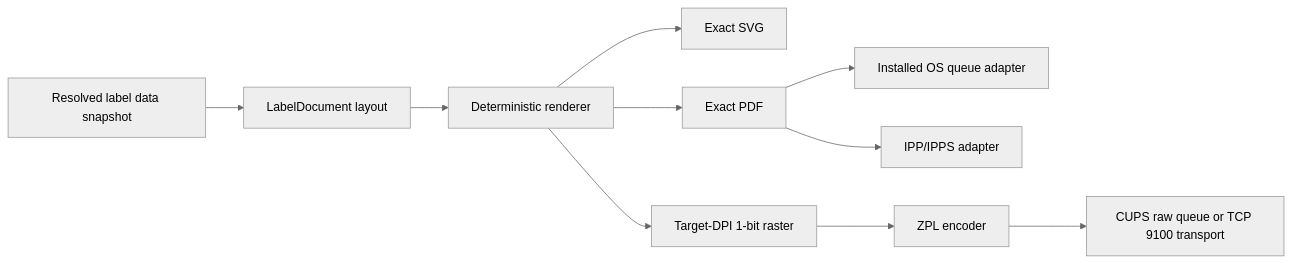
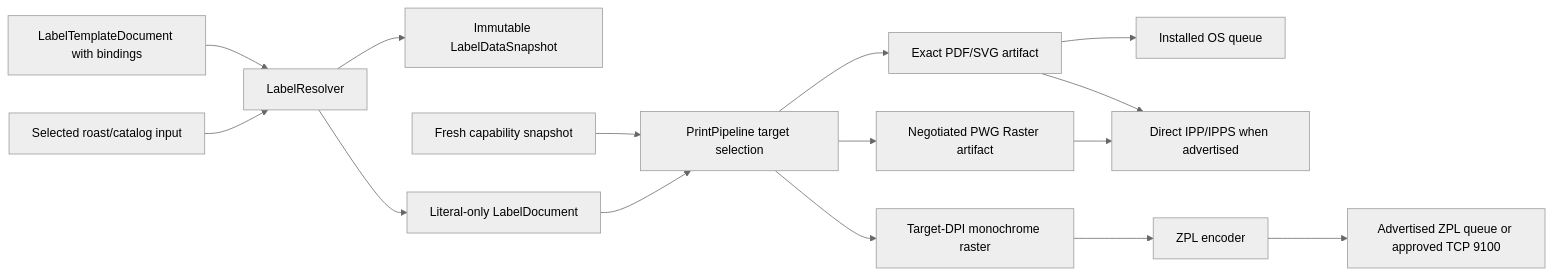
One commit to xavierroma/tan-studio changed the eighth of 9 diagrams in docs/04-technical-specification.md. Above: the diagram before and after it, drawn with Mermaid (neutral theme). The commit also changed other lines of this file and 1 other file, not shown here.

````diff
--- a/docs/04-technical-specification.md
+++ b/docs/04-technical-specification.md
@@ -1134,12 +1577,16 @@
 ```mermaid
 flowchart LR
-    Snapshot["Resolved label data snapshot"] --> Layout["LabelDocument layout"]
-    Layout --> Render["Deterministic renderer"]
-    Render --> SVG["Exact SVG"]
-    Render --> PDF["Exact PDF"]
-    Render --> Raster["Target-DPI 1-bit raster"]
-    PDF --> Queue["Installed OS queue adapter"]
-    PDF --> IPP["IPP/IPPS adapter"]
-    Raster --> ZPL["ZPL encoder"]
-    ZPL --> Raw["CUPS raw queue or TCP 9100 transport"]
+    Template["LabelTemplateDocument with bindings"] --> Resolver["LabelResolver"]
+    Data["Selected roast/catalog input"] --> Resolver
+    Resolver --> Snapshot["Immutable LabelDataSnapshot"]
+    Resolver --> Layout["Literal-only LabelDocument"]
+    Caps["Fresh capability snapshot"] --> Pipeline["PrintPipeline target selection"]
+    Layout --> Pipeline
+    Pipeline --> PDF["Exact PDF/SVG artifact"]
+    Pipeline --> PWG["Negotiated PWG Raster artifact"]
+    Pipeline --> Mono["Target-DPI monochrome raster"]
+    PDF --> Queue["Installed OS queue"]
+    PDF --> IPP["Direct IPP/IPPS when advertised"]
+    PWG --> IPP
+    Mono --> ZPL["ZPL encoder"] --> Raw["Advertised ZPL queue or approved TCP 9100"]
 ```
````
